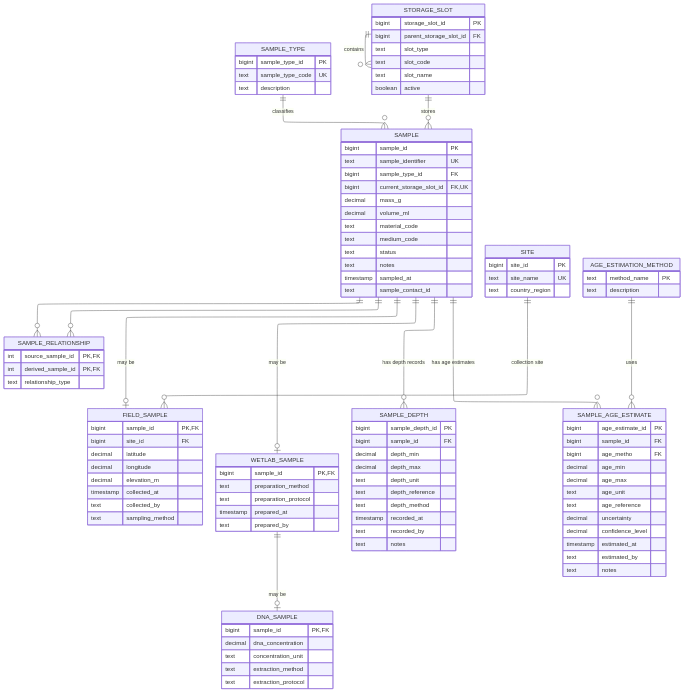
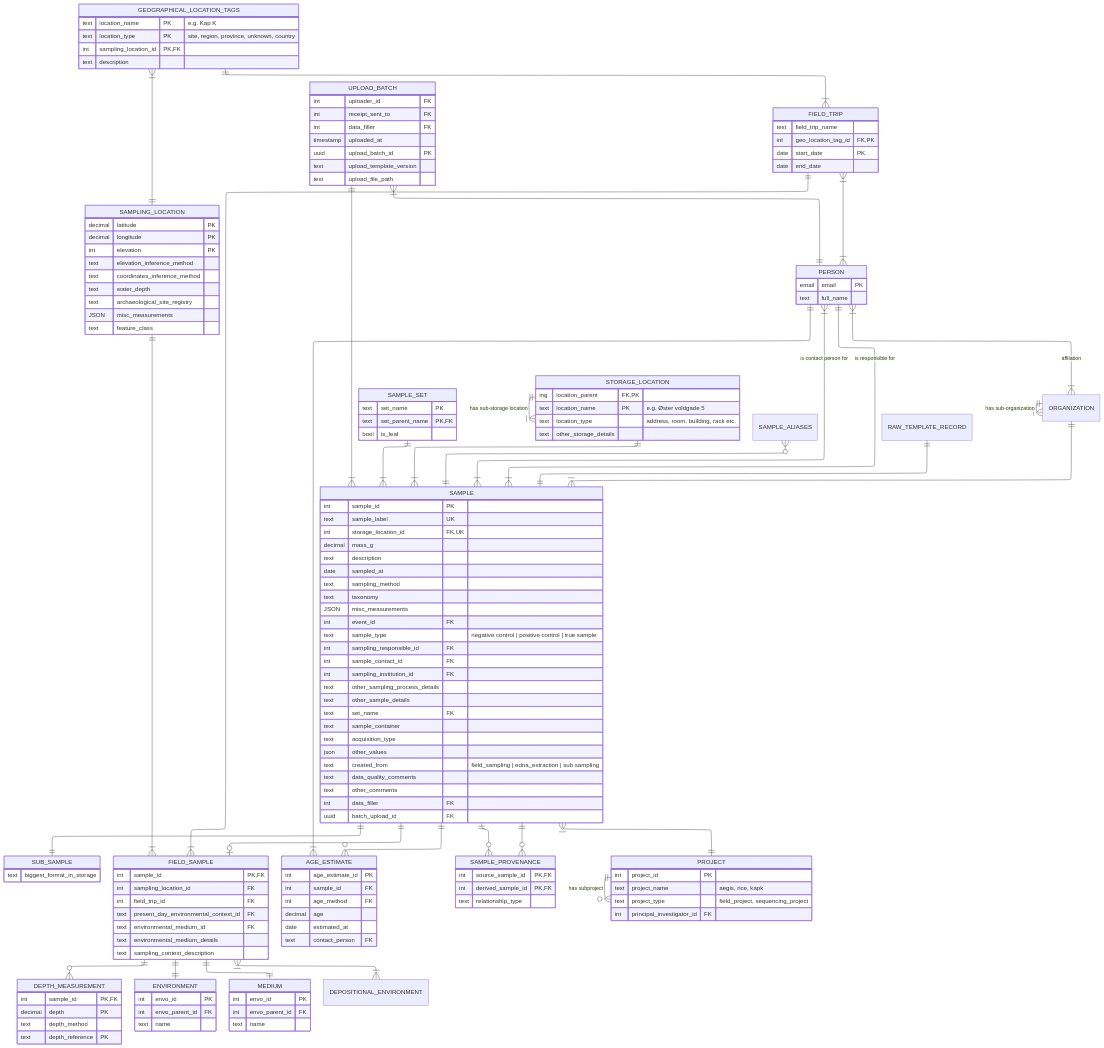
One commit to GeoGenetics/qc-parser changed the diagram in diagrams/sample_db/new/ver2.md. Above: the diagram before and after it, drawn with Mermaid. The commit also changed other lines of this file and 1 other file, not shown here.

Commit message:
Field sample part done

````diff
--- a/diagrams/sample_db/new/ver2.md
+++ b/diagrams/sample_db/new/ver2.md
@@ -8,140 +9,187 @@
     diagramPadding: 15
     useMaxWidth: false
 ---
+
+
 erDiagram
-
+  
     SAMPLE {
-        bigint sample_id PK
-        text sample_identifier UK
-        bigint sample_type_id FK
-        bigint current_storage_slot_id FK, UK
-
+        int sample_id PK
+        text sample_label UK
+        int storage_location_id FK, UK
         decimal mass_g
-        decimal volume_ml
-        text material_code
-        text medium_code
-
-        text status
-        text notes
-        timestamp sampled_at
-        text sample_contact_id
+        text description
+        date sampled_at
+        text sampling_method
+        text taxonomy 
+        JSON misc_measurements 
+        int event_id FK
+        text sample_type "negative control | positive control | true sample"  
+        int sampling_responsible_id FK
+        int sample_contact_id FK
+        int sampling_institution_id FK
+        text other_sampling_process_details
+        text other_sample_details
+        text set_name FK
+        text sample_container
+        text acquisition_type 
+        json other_values
+        text created_from "field_sampling | edna_extraction | sub sampling"
+        text data_quality_comments
+        text other_comments
+        int data_filler FK 
+        uuid batch_upload_id FK
     }
 
-    SAMPLE_TYPE {
-        bigint sample_type_id PK
-        text sample_type_code UK
-        text description
+    UPLOAD_BATCH {
+        int uploader_id FK
+        int receipt_sent_to FK
+        int data_filler FK
+        timestamp uploaded_at
+        uuid upload_batch_id PK
+        text upload_template_version 
+        text upload_file_path
+    }
+
+    SAMPLE_SET {
+        text set_name PK
+        text set_parent_name PK, FK
+        bool is_leaf 
+    }
+
+    SUB_SAMPLE {
+        text biggest_format_in_storage
     }
 
     FIELD_SAMPLE {
-        bigint sample_id PK, FK
-        bigint site_id FK
-
-        decimal latitude
-        decimal longitude
-        decimal elevation_m
-
-        timestamp collected_at
-        text collected_by
-        text sampling_method
+        int sample_id PK, FK
+        int sampling_location_id FK
+        int field_trip_id FK
+        text present_day_environmental_context_id FK
+        text environmental_medium_id FK
+        text environmental_medium_details 
+        text sampling_context_description
     }
 
-    WETLAB_SAMPLE {
-        bigint sample_id PK, FK
-
-        text preparation_method
-        text preparation_protocol
-        timestamp prepared_at
-        text prepared_by
+    DEPTH_MEASUREMENT {
+        int sample_id PK, FK 
+        decimal depth PK
+        text depth_method 
+        text depth_reference PK
     }
 
-    DNA_SAMPLE {
-        bigint sample_id PK, FK
-
-        decimal dna_concentration
-        text concentration_unit
-        text extraction_method
-        text extraction_protocol
+    AGE_ESTIMATE {
+        int age_estimate_id PK
+        int sample_id FK 
+        int age_method FK 
+        decimal age
+        date estimated_at
+        text contact_person FK
     }
 
-    SITE {
-        bigint site_id PK
-        text site_name UK
-        text country_region
-    }
-
-    SAMPLE_DEPTH {
-        bigint sample_depth_id PK
-        bigint sample_id FK 
-
-        decimal depth_min 
-        decimal depth_max 
-        text depth_unit
-        text depth_reference
-        text depth_method
-
-        timestamp recorded_at
-        text recorded_by
-        text notes
-    }
-
-    SAMPLE_AGE_ESTIMATE {
-        bigint age_estimate_id PK
-        bigint sample_id FK 
-        bigint age_metho FK 
-
-        decimal age_min 
-        decimal age_max
-        text age_unit
-        text age_reference
-
-        decimal uncertainty
-        decimal confidence_level
-
-        timestamp estimated_at 
-        text estimated_by
-        text notes
-    }
-
-    AGE_ESTIMATION_METHOD {
-        text method_name PK
-        text description
-    }
-
-    
-    SAMPLE_RELATIONSHIP {
+    SAMPLE_PROVENANCE {
         int source_sample_id PK,FK
         int derived_sample_id PK,FK
         text relationship_type
     }
- 
 
-    STORAGE_SLOT {
-        bigint storage_slot_id PK
-        bigint parent_storage_slot_id FK
-
-        text slot_type
-        text slot_code
-        text slot_name
-        boolean active
+    STORAGE_LOCATION {
+        ing location_parent FK, PK
+        text location_name PK "e.g. Øster voldgade 5"
+        text location_type "address, room, building, rack etc."
+        text other_storage_details
     }
 
-    SAMPLE_TYPE ||--o{ SAMPLE : classifies
+    SAMPLING_LOCATION {
+        decimal latitude PK
+        decimal longitude PK
+        int elevation PK
+        text elevation_inference_method 
+        text coordinates_inference_method
+        text water_depth
+        text archaeological_site_registry  
+        JSON misc_measurements
+        text feature_class
+    }
 
-    SAMPLE ||--o| FIELD_SAMPLE : "may be"
-    SAMPLE ||--o| WETLAB_SAMPLE : "may be"
-    WETLAB_SAMPLE ||--o| DNA_SAMPLE : "may be"
+    PROJECT {
+        int project_id PK
+        text project_name "aegis, rice, kapk"
+        text project_type "field_project, sequencing_project"
+        int principal_investigator_id FK
+    }
 
-    SITE ||--o{ FIELD_SAMPLE : "collection site"
+    ENVIRONMENT {
+        int envo_id PK
+        int envo_parent_id FK
+        text name
+    }
+    
+    PERSON {
+        email email PK
+        text full_name 
+    }
 
-    SAMPLE ||--o{ SAMPLE_DEPTH : "has depth records"
+    MEDIUM {
+        int envo_id PK
+        int envo_parent_id FK
+        text name
+    }
 
-    SAMPLE ||--o{ SAMPLE_AGE_ESTIMATE : "has age estimates"
-    AGE_ESTIMATION_METHOD ||--o{ SAMPLE_AGE_ESTIMATE : uses
+    GEOGRAPHICAL_LOCATION_TAGS {
+        text location_name PK "e.g. Kap K"
+        text location_type PK "site, region, province, unknown, country"
+        int sampling_location_id PK, FK
+        text description
+    }
 
-    SAMPLE ||--o{ SAMPLE_RELATIONSHIP : ""
-    SAMPLE ||--o{ SAMPLE_RELATIONSHIP : ""
+    FIELD_TRIP {
+        text field_trip_name 
+        int geo_location_tag_id FK, PK
+        date start_date PK
+        date end_date
+    }
 
-    STORAGE_SLOT ||--o{ STORAGE_SLOT : contains
-    STORAGE_SLOT ||--o{ SAMPLE : stores
+    SAMPLE ||--o| FIELD_SAMPLE : ""
+    FIELD_SAMPLE ||--o{ DEPTH_MEASUREMENT : ""
+
+    SAMPLE ||--o{ AGE_ESTIMATE : ""
+    SAMPLE_SET ||--|{ SAMPLE : ""
+    
+    SAMPLE }|--|| PROJECT : "" 
+    PROJECT ||--o{ PROJECT : "has subproject"
+
+    SAMPLE ||--o{ SAMPLE_PROVENANCE : ""
+    SAMPLE ||--o{ SAMPLE_PROVENANCE : ""
+
+    STORAGE_LOCATION ||--|{ SAMPLE : ""
+    STORAGE_LOCATION ||--|{ STORAGE_LOCATION : "has sub-storage location"
+
+    FIELD_TRIP ||--|{ FIELD_SAMPLE : ""
+
+    SAMPLE_ALIASES }o--|| SAMPLE : ""
+    SAMPLING_LOCATION ||--|{ FIELD_SAMPLE : ""
+    GEOGRAPHICAL_LOCATION_TAGS ||--|{ FIELD_TRIP : ""
+    FIELD_SAMPLE ||--|| ENVIRONMENT : ""
+    FIELD_SAMPLE ||--|| MEDIUM : ""
+    FIELD_SAMPLE }|--|{ DEPOSITIONAL_ENVIRONMENT: ""
+
+    SAMPLE ||--|| SUB_SAMPLE : ""
+
+    GEOGRAPHICAL_LOCATION_TAGS }|--|| SAMPLING_LOCATION : ""
+    FIELD_TRIP }|--|{ PERSON : ""
+    PERSON ||--|{ AGE_ESTIMATE : "" 
+    PERSON }|--|{ SAMPLE : "is contact person for" 
+    PERSON ||--|{ SAMPLE : "is responsible for" 
+
+    RAW_TEMPLATE_RECORD ||--|| SAMPLE : "" 
+
+
+    PERSON }|--|{ ORGANIZATION : "affilation"
+    ORGANIZATION ||--|{ SAMPLE : ""
+    ORGANIZATION ||--|{ ORGANIZATION : "has sub-organization"
+    UPLOAD_BATCH ||--|{ SAMPLE : ""
+    UPLOAD_BATCH }|--|| PERSON : ""
+
+    
 ```
````
